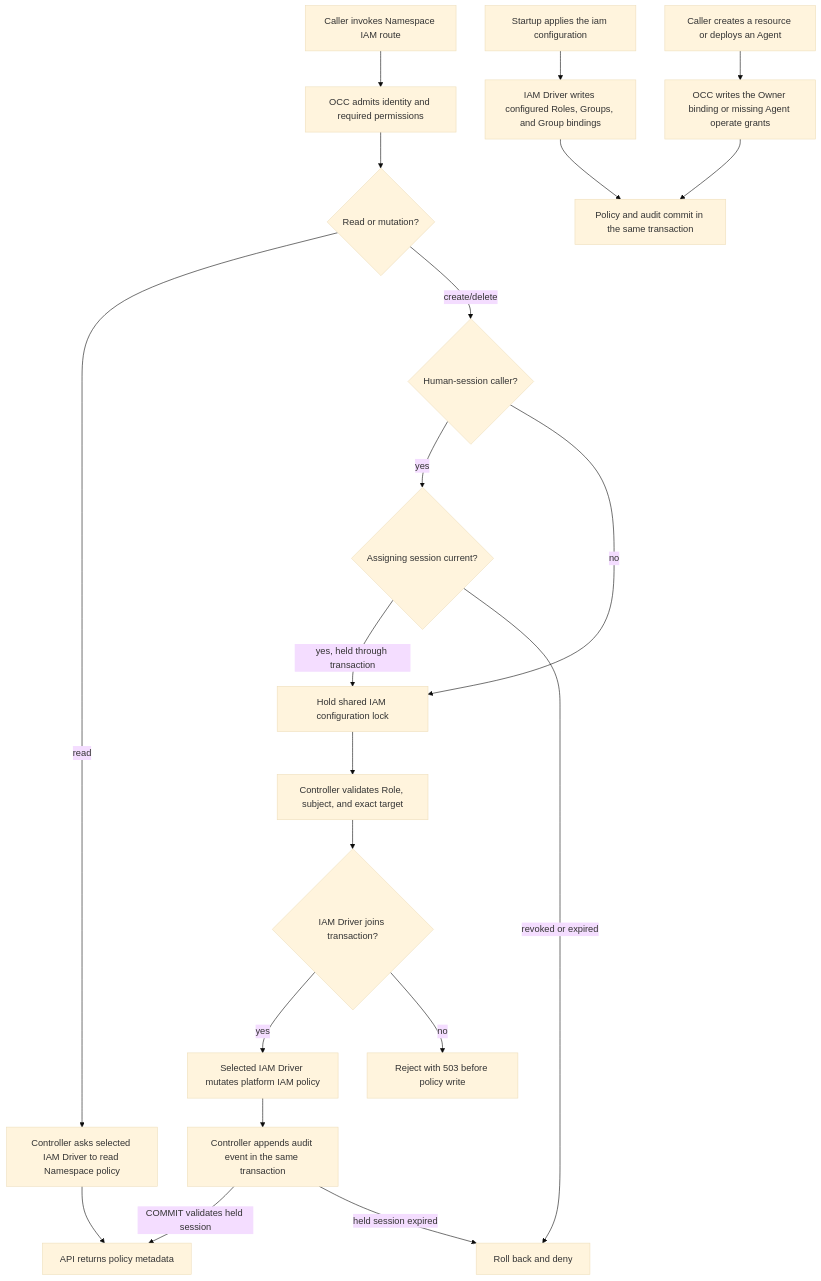
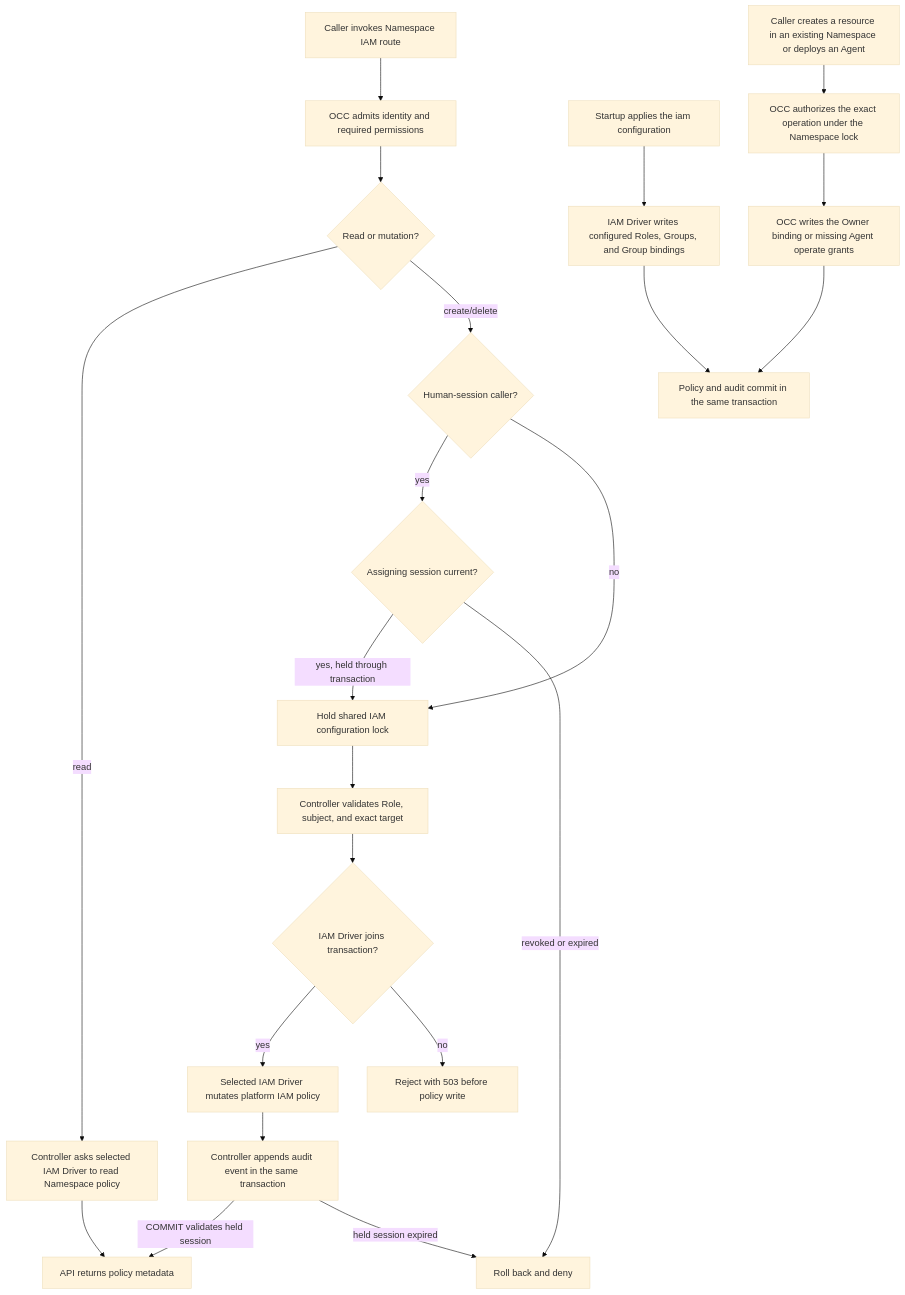
One commit to openclaw/openclaw-enterprise changed the diagram in docs/flows/namespace-iam-policy.md. Above: the diagram before and after it, drawn with Mermaid (base theme). The commit also changed other lines of this file and 2 other files, not shown here.

Commit message:
fix: authorize Agent creation before Backend lookup

````diff
--- a/docs/flows/namespace-iam-policy.md
+++ b/docs/flows/namespace-iam-policy.md
@@ -33,23 +33,24 @@
 ```mermaid
 graph TD
   A["Caller invokes Namespace IAM route"] --> B["OCC admits identity and required permissions"]
   B --> C{"Read or mutation?"}
   C -->|read| D["Controller asks selected IAM Driver to read Namespace policy"]
   C -->|create/delete| S{"Human-session caller?"}
   S -->|yes| L{"Assigning session current?"}
   L -->|yes, held through transaction| CFI["Hold shared IAM configuration lock"]
   L -->|revoked or expired| X["Roll back and deny"]
   S -->|no| CFI
   CFI --> E["Controller validates Role, subject, and exact target"]
   E --> T{"IAM Driver joins transaction?"}
   T -->|yes| F["Selected IAM Driver mutates platform IAM policy"]
   T -->|no| U["Reject with 503 before policy write"]
   F --> G["Controller appends audit event in the same transaction"]
   D --> H["API returns policy metadata"]
   G -->|COMMIT validates held session| H
   G -->|held session expired| X
   M["Startup applies the iam configuration"] --> P["IAM Driver writes configured Roles, Groups, and Group bindings"]
-  N["Caller creates a resource or deploys an Agent"] --> O["OCC writes the Owner binding or missing Agent operate grants"]
+  N["Caller creates a resource in an existing Namespace or deploys an Agent"] --> AC["OCC authorizes the exact operation under the Namespace lock"]
+  AC --> O["OCC writes the Owner binding or missing Agent operate grants"]
   P --> Q["Policy and audit commit in the same transaction"]
   O --> Q
 ```
````
